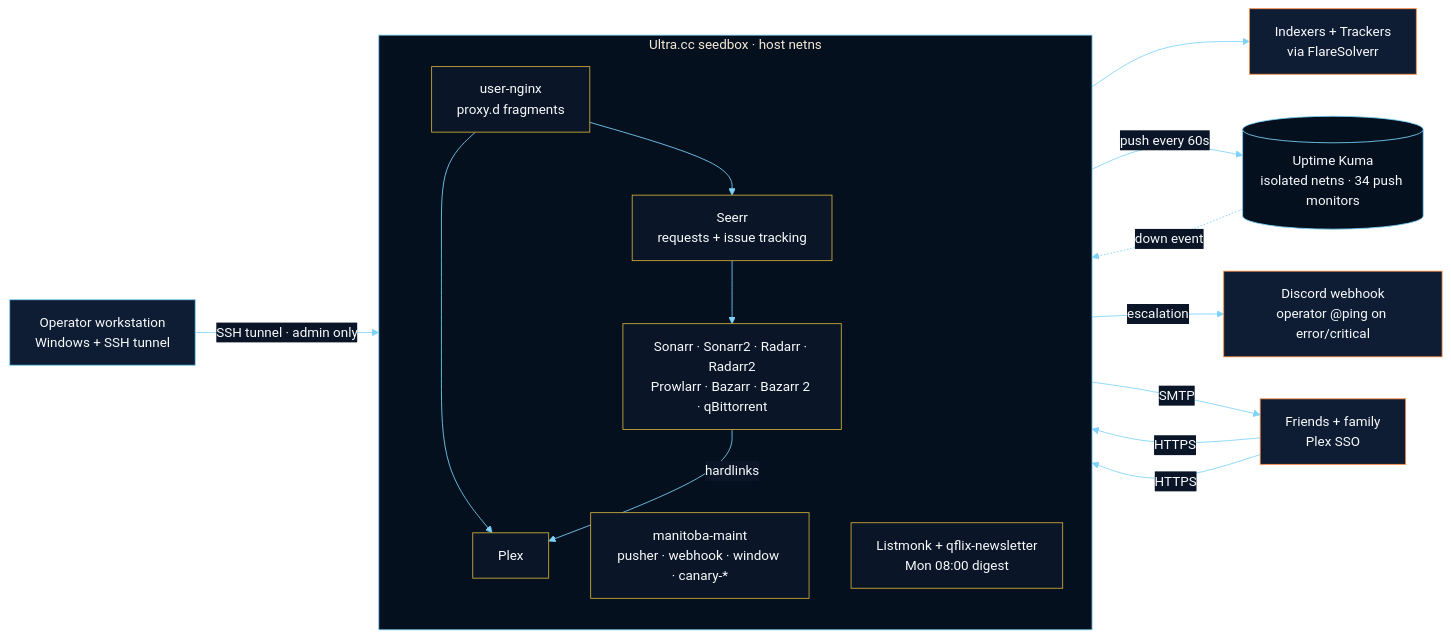
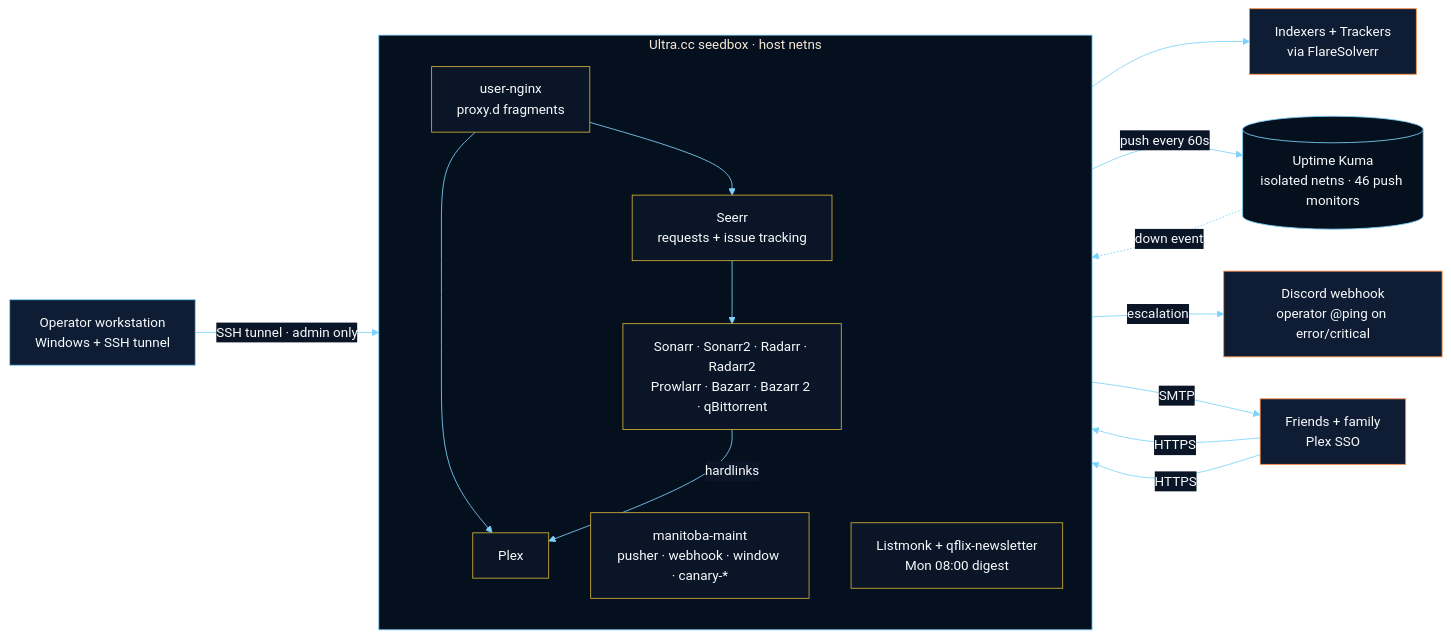
One commit to Quadstronaut/QFlix changed the first of 6 diagrams in README.md. Above: the diagram before and after it, drawn with Mermaid. The commit also changed other lines of this file and 9 other files, not shown here.

````diff
--- a/README.md
+++ b/README.md
@@ -76,35 +76,35 @@
 ```mermaid
 %%{init: {'theme':'base','themeVariables':{'primaryColor':'#0e1d33','primaryTextColor':'#f8fafc','primaryBorderColor':'#ff8c42','lineColor':'#7dd3fc','secondaryColor':'#05101f','tertiaryColor':'#0a1628','clusterBkg':'#05101f','clusterBorder':'#7dd3fc','edgeLabelBackground':'#0a1628','fontFamily':'Segoe UI, Roboto, sans-serif'}}}%%
 flowchart LR
   classDef ext fill:#0e1d33,stroke:#ff8c42,color:#f8fafc
   classDef user fill:#0e1d33,stroke:#7dd3fc,color:#f8fafc
   classDef seedbox fill:#0a1628,stroke:#d4af37,color:#f8fafc
   classDef kuma fill:#05101f,stroke:#7dd3fc,color:#f8fafc
 
   user[Operator workstation<br/>Windows + SSH tunnel]:::user
   friends[Friends + family<br/>Plex SSO]:::ext
   ext[Indexers + Trackers<br/>via FlareSolverr]:::ext
 
   subgraph SB[Ultra.cc seedbox · host netns]
     direction TB
     nginx[user-nginx<br/>proxy.d fragments]:::seedbox
     plex[Plex]:::seedbox
     arr[Sonarr · Sonarr2 · Radarr · Radarr2<br/>Prowlarr · Bazarr · Bazarr 2 · qBittorrent]:::seedbox
     requests[Seerr<br/>requests + issue tracking]:::seedbox
     maint[manitoba-maint<br/>pusher · webhook · window · canary-*]:::seedbox
     comms[Listmonk + qflix-newsletter<br/>Mon 08:00 digest]:::seedbox
   end
 
-  kuma[(Uptime Kuma<br/>isolated netns · 34 push monitors)]:::kuma
+  kuma[(Uptime Kuma<br/>isolated netns · 46 push monitors)]:::kuma
   discord[Discord webhook<br/>operator @ping on error/critical]:::ext
 
   friends -->|HTTPS| nginx --> plex
   friends -->|HTTPS| nginx --> requests
   requests --> arr --> ext
   arr -->|hardlinks| plex
   user -->|SSH tunnel · admin only| arr
   maint -->|push every 60s| kuma
   kuma -.->|down event| maint
   maint -->|escalation| discord
   comms -->|SMTP| friends
 ```
````
